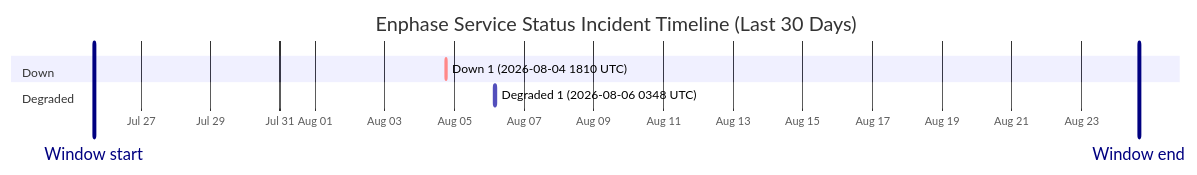
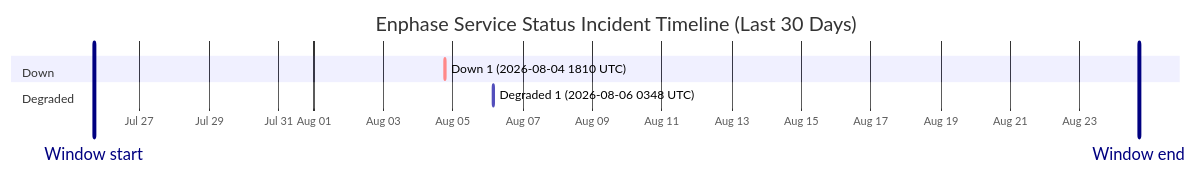
One commit to barneyonline/ha-enphase-energy changed the diagram in wiki/Service-Status-History.md. Above: the diagram before and after it, drawn with Mermaid. The commit also changed other lines of this file and 3 other files, not shown here.

````diff
--- a/wiki/Service-Status-History.md
+++ b/wiki/Service-Status-History.md
@@ -14,12 +14,12 @@
 ```mermaid
 gantt
     title Enphase Service Status Incident Timeline (Last 30 Days)
     dateFormat  YYYY-MM-DDTHH:mm:ss
     axisFormat  %b %d
-    Window start :vert, window-start, 2026-07-25T15:36:49, 0ms
-    Window end :vert, window-end, 2026-08-24T15:36:49, 0ms
+    Window start :vert, window-start, 2026-07-25T16:34:49, 0ms
+    Window end :vert, window-end, 2026-08-24T16:34:49, 0ms
     section Down
     Down 1 (2026-08-04 1810 UTC) :crit, down-1, 2026-08-04T18:10:46, 60m
     section Degraded
     Degraded 1 (2026-08-06 0348 UTC) :active, degraded-1, 2026-08-06T03:48:14, 60m
 ```
````
